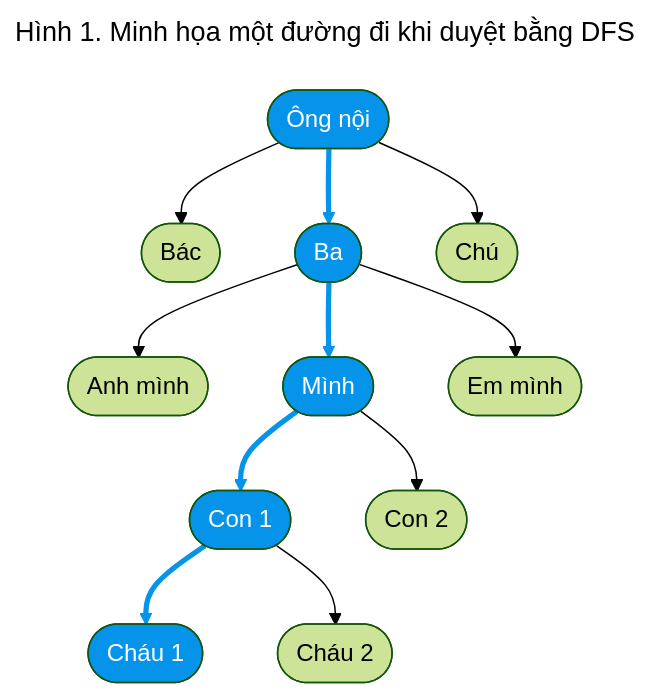
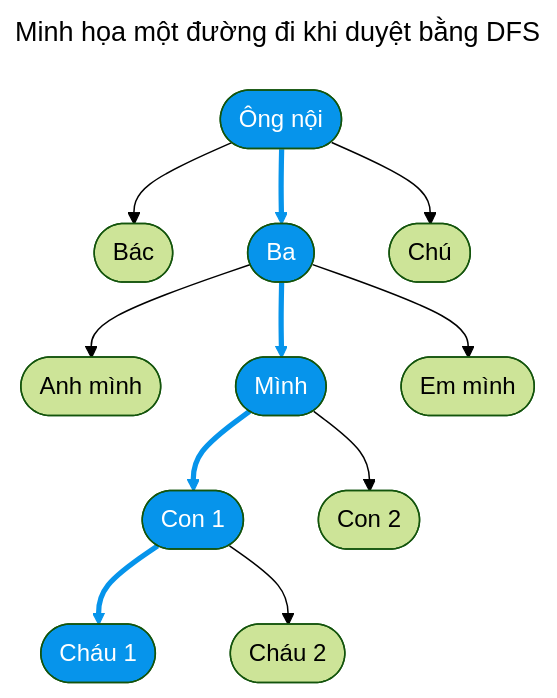
Before and after one commit to vtchitruong/vtchitruong.github.io: the first of 2 diagrams in docs/advanced/graph/dfs.md, drawn with Mermaid (forest theme). The commit also changed 2 other files, not shown here.

Commit message:
Add the lesson of candy pack dynamic programming

````diff
--- a/docs/advanced/graph/dfs.md
+++ b/docs/advanced/graph/dfs.md
@@ -24,25 +24,25 @@
 ``` mermaid
 ---
-title: Hình 1. Minh họa một đường đi khi duyệt bằng DFS
+title: Minh họa một đường đi khi duyệt bằng DFS
 ---
 
 graph TD
     ong_noi([Ông nội]):::currentNode --> bac([Bác])
     ong_noi ==> ba([Ba]):::currentNode
     ong_noi --> chu([Chú])
     
     ba --> anh([Anh mình])
     ba ==> minh([Mình]):::currentNode
     ba --> em([Em mình])
     
     minh ==> con_1([Con 1]):::currentNode
     minh --> con_2([Con 2])
 
     con_1 ==> chau_1([Cháu 1]):::currentNode
     con_1 --> chau_2([Cháu 2])
 
 %% Link Color %%
 linkStyle 1,4,6,8 stroke: #0694eb
 
 classDef currentNode color:#fff, fill: #0694eb
 ```
````
